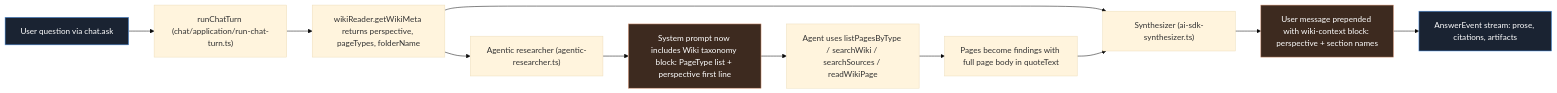
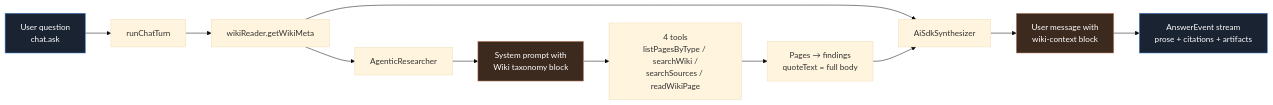
One commit to tonestrike/knowledge-base-wiki changed the second of 2 diagrams in docs/architecture/perspective-flow.md. Above: the diagram before and after it, drawn with Mermaid (base theme). The commit also changed other lines of this file and 1 other file, not shown here.

First line of the commit message:
docs: line-anchored deep links throughout code-tour + perspective-flow

````diff
--- a/docs/architecture/perspective-flow.md
+++ b/docs/architecture/perspective-flow.md
@@ -44,21 +55,28 @@
 ```mermaid
 flowchart LR
-    Q["User question via chat.ask"] --> Turn["runChatTurn (chat/application/run-chat-turn.ts)"]
-    Turn --> Meta["wikiReader.getWikiMeta returns perspective, pageTypes, folderName"]
-    Meta --> Agent["Agentic researcher (agentic-researcher.ts)"]
-    Meta --> Synth["Synthesizer (ai-sdk-synthesizer.ts)"]
+    Q["User question<br/>chat.ask"] --> Turn["runChatTurn"]
+    Turn --> Meta["wikiReader.getWikiMeta"]
+    Meta --> Agent["AgenticResearcher"]
+    Meta --> Synth["AiSdkSynthesizer"]
 
-    Agent --> AgentSys["System prompt now includes Wiki taxonomy block: PageType list + perspective first line"]
-    AgentSys --> Tools["Agent uses listPagesByType / searchWiki / searchSources / readWikiPage"]
-
-    Tools --> Findings["Pages become findings with full page body in quoteText"]
+    Agent --> AgentSys["System prompt with<br/>Wiki taxonomy block"]
+    AgentSys --> Tools["4 tools<br/>listPagesByType / searchWiki /<br/>searchSources / readWikiPage"]
+    Tools --> Findings["Pages → findings<br/>quoteText = full body"]
 
     Findings --> Synth
-    Synth --> Ctx["User message prepended with wiki-context block: perspective + section names"]
-    Ctx --> Answer["AnswerEvent stream: prose, citations, artifacts"]
+    Synth --> Ctx["User message with<br/>wiki-context block"]
+    Ctx --> Answer["AnswerEvent stream<br/>prose + citations + artifacts"]
+
+    click Turn "../../packages/domains/chat/src/application/run-chat-turn.ts#L82" "runChatTurn — main loop"
+    click Meta "../../apps/api/src/build-chat-context.ts#L168" "DirectWikiReader.getWikiMeta"
+    click Agent "../../packages/domains/chat/src/infrastructure/agentic-researcher.ts#L170" "createAgenticResearcher"
+    click AgentSys "../../packages/domains/chat/src/infrastructure/agentic-researcher.ts" "buildSystem — injects taxonomy"
+    click Tools "../../packages/domains/chat/src/infrastructure/agentic-researcher.ts" "tools = { searchWiki, readWikiPage, searchSources, listPagesByType }"
+    click Synth "../../packages/domains/chat/src/infrastructure/ai-sdk-synthesizer.ts#L492" "createAiSdkSynthesizer"
+    click Ctx "../../packages/domains/chat/src/infrastructure/ai-sdk-synthesizer.ts" "renderContextHeader"
 
     classDef edge fill:#1a2332,stroke:#4a90e2,color:#fff;
     classDef ctx fill:#3d2a1f,stroke:#d89878,color:#fff;
     class Q,Answer edge;
     class AgentSys,Ctx ctx;
 ```
````
